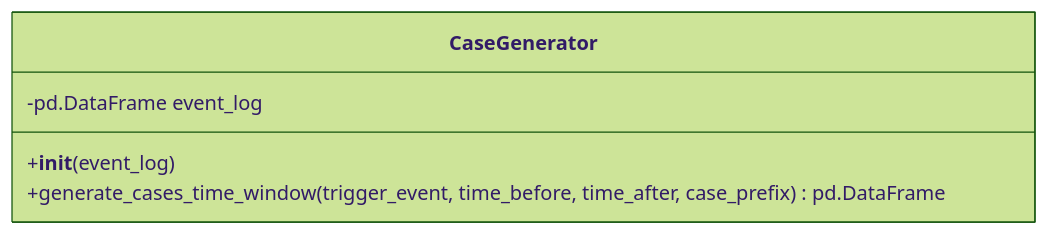
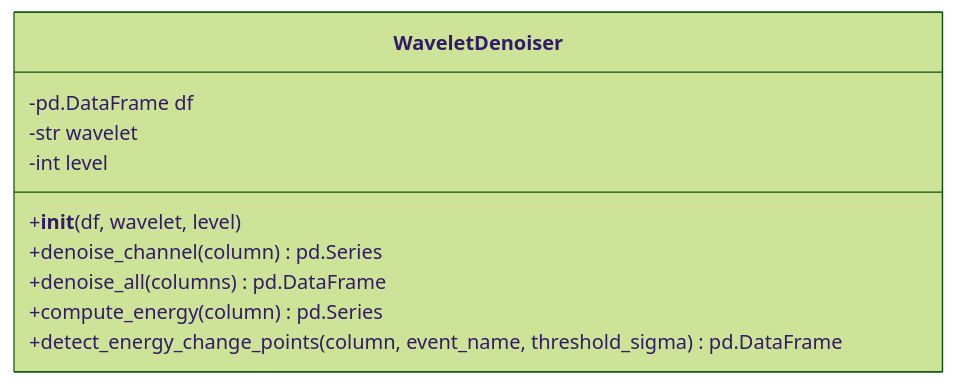
Before and after one commit to GarrettGruss/process-mining-demo: the third of 3 diagrams in examples/example_5/overview.md, drawn with Mermaid (forest theme). The commit also changed other lines of this file, not shown here.

````diff
--- a/examples/example_5/overview.md
+++ b/examples/example_5/overview.md
@@ -80,8 +101,13 @@
 ```mermaid
 classDiagram
-    class CaseGenerator {
-        -pd.DataFrame event_log
-        +__init__(event_log)
-        +generate_cases_time_window(trigger_event, time_before, time_after, case_prefix) pd.DataFrame
+    class WaveletDenoiser {
+        -pd.DataFrame df
+        -str wavelet
+        -int level
+        +__init__(df, wavelet, level)
+        +denoise_channel(column) pd.Series
+        +denoise_all(columns) pd.DataFrame
+        +compute_energy(column) pd.Series
+        +detect_energy_change_points(column, event_name, threshold_sigma) pd.DataFrame
     }
 ```
````
